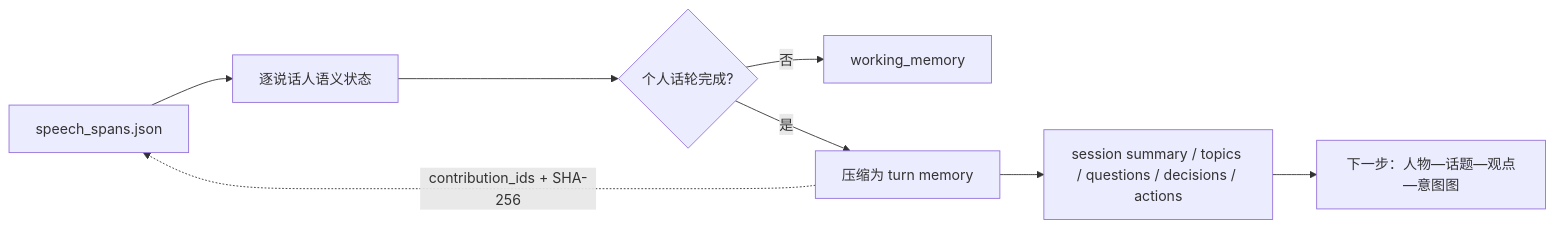
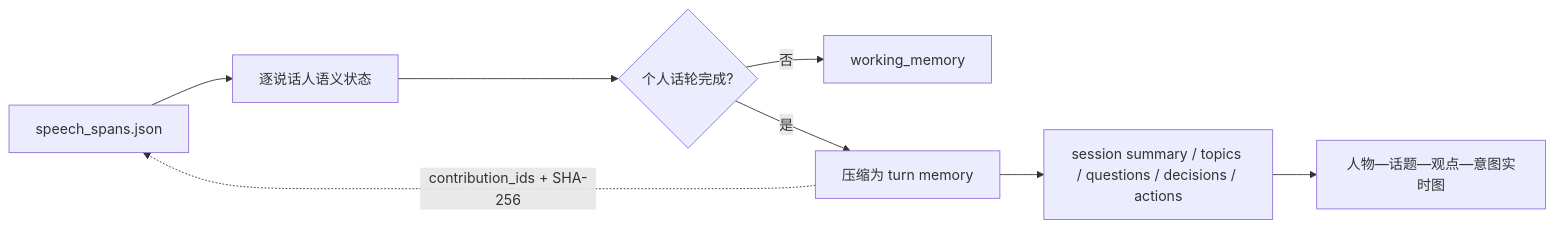
The diagram in MEMORY_AND_VOICEMEM_20260920.md (jayson-yxj/HT-voice-lab), drawn with Mermaid before and after one commit. The commit also changed other lines of this file and 6 other files, not shown here.

Commit message:
Add live session memory graph

````diff
--- a/MEMORY_AND_VOICEMEM_20260920.md
+++ b/MEMORY_AND_VOICEMEM_20260920.md
@@ -57,10 +57,10 @@
 ```mermaid
 flowchart LR
     A["speech_spans.json"] --> B["逐说话人语义状态"]
     B --> C{"个人话轮完成?"}
     C -- "否" --> D["working_memory"]
     C -- "是" --> E["压缩为 turn memory"]
     E --> F["session summary / topics / questions / decisions / actions"]
-    F --> G["下一步：人物—话题—观点—意图图"]
+    F --> G["人物—话题—观点—意图实时图"]
     E -. "contribution_ids + SHA-256" .-> A
 ```
````
